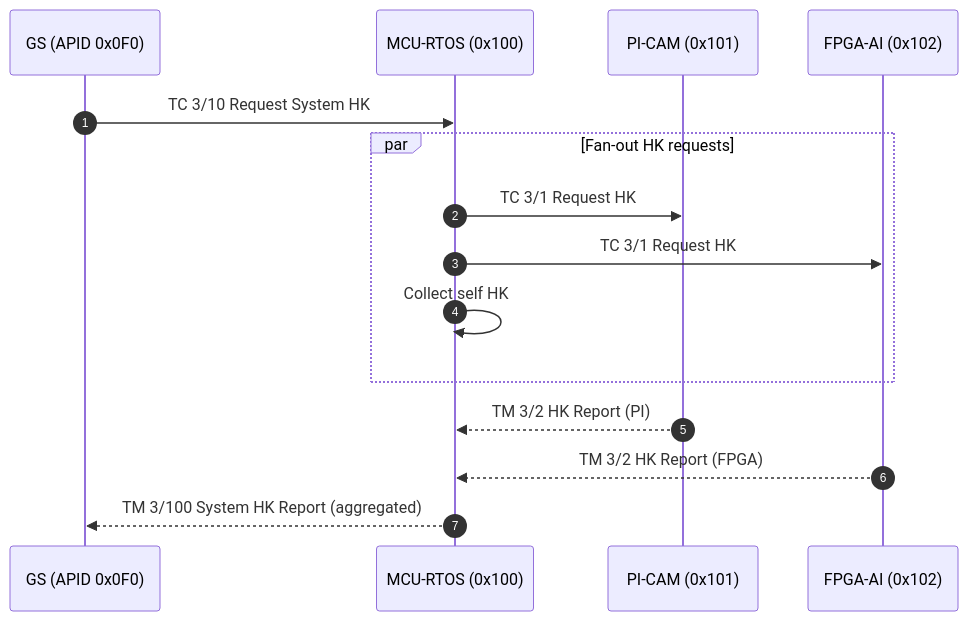
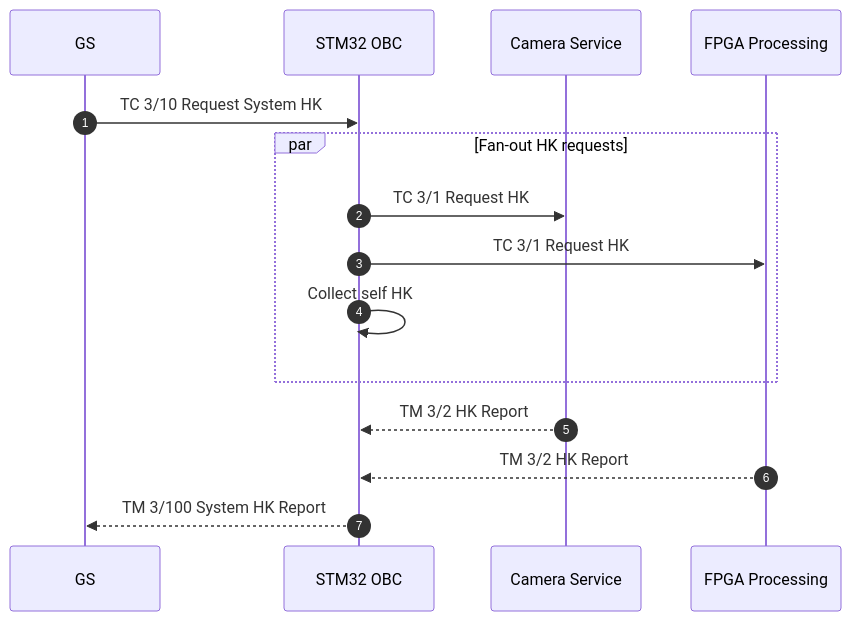
Before and after one commit to ExoSpaceLabs/exn: the first of 6 diagrams in docs/diagrams.md, drawn with Mermaid. The commit also changed other lines of this file and 6 other files, not shown here.

First line of the commit message:
docs(exn): define payload routing architecture

````diff
--- a/docs/diagrams.md
+++ b/docs/diagrams.md
@@ -15,18 +13,18 @@
 ```mermaid
 sequenceDiagram
   autonumber
-  participant GS as GS (APID 0x0F0)
-  participant MCU as MCU-RTOS (0x100)
-  participant PI as PI-CAM (0x101)
-  participant FPGA as FPGA-AI (0x102)
+  participant GS as GS
+  participant MCU as STM32 OBC
+  participant CAM as Camera Service
+  participant FPGA as FPGA Processing
 
   GS->>MCU: TC 3/10 Request System HK
   par Fan-out HK requests
-    MCU->>PI: TC 3/1 Request HK
+    MCU->>CAM: TC 3/1 Request HK
     MCU->>FPGA: TC 3/1 Request HK
     MCU->>MCU: Collect self HK
   end
-  PI-->>MCU: TM 3/2 HK Report (PI)
-  FPGA-->>MCU: TM 3/2 HK Report (FPGA)
-  MCU-->>GS: TM 3/100 System HK Report (aggregated)
+  CAM-->>MCU: TM 3/2 HK Report
+  FPGA-->>MCU: TM 3/2 HK Report
+  MCU-->>GS: TM 3/100 System HK Report
 ```
````
